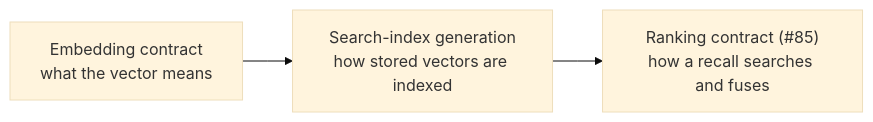
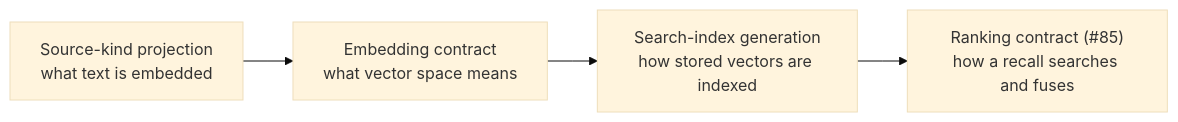
One commit to markhuangai/dense-mem changed the fourth of 7 diagrams in ANN-HNSW-And-Halfvec.md. Above: the diagram before and after it, drawn with Mermaid (base theme). The commit also changed other lines of this file and 27 other files, not shown here.

Commit message:
Document tier-free Relationship architecture

````diff
--- a/ANN-HNSW-And-Halfvec.md
+++ b/ANN-HNSW-And-Halfvec.md
@@ -214,6 +215,7 @@
 ```mermaid
 %%{init: {"flowchart": {"curve": "linear"}}}%%
 flowchart LR
-  Embed["Embedding contract<br/>what the vector means"] --> Index["Search-index generation<br/>how stored vectors are indexed"]
+  Projection["Source-kind projection<br/>what text is embedded"] --> Embed["Embedding contract<br/>what vector space means"]
+  Embed --> Index["Search-index generation<br/>how stored vectors are indexed"]
   Index --> Rank["Ranking contract (#85)<br/>how a recall searches and fuses"]
 ```
````
